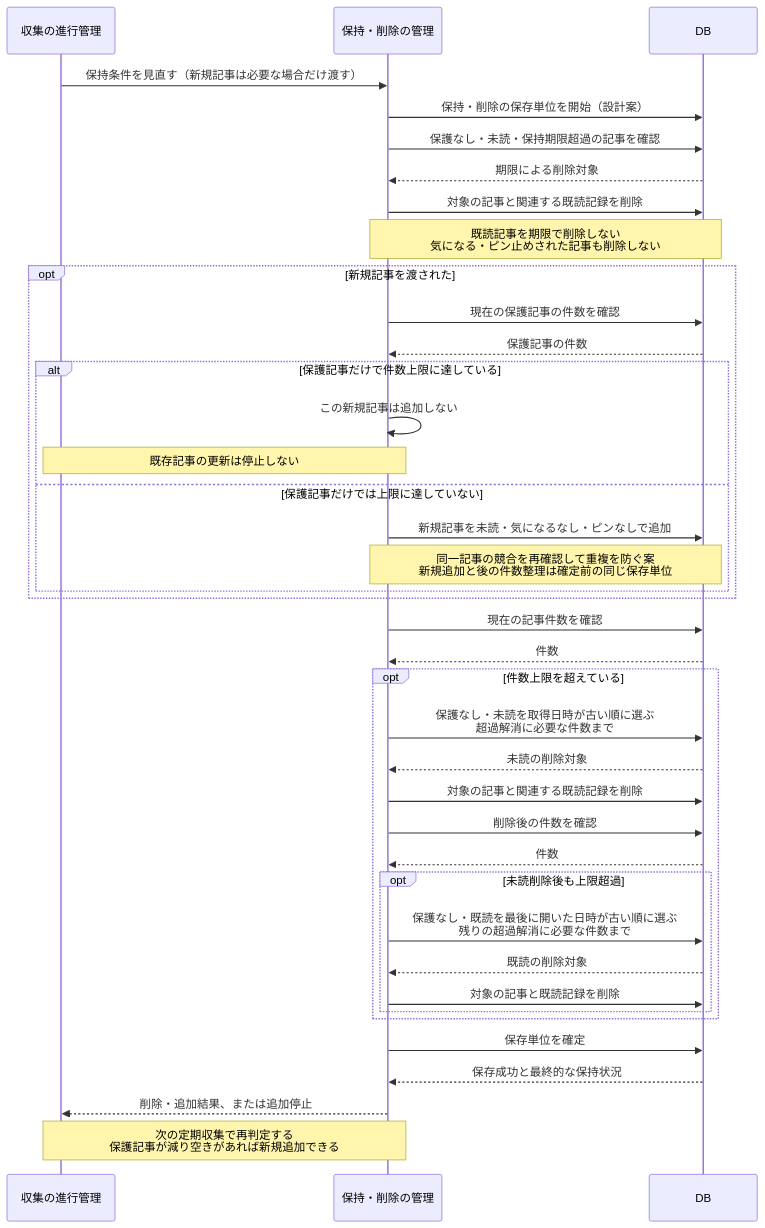
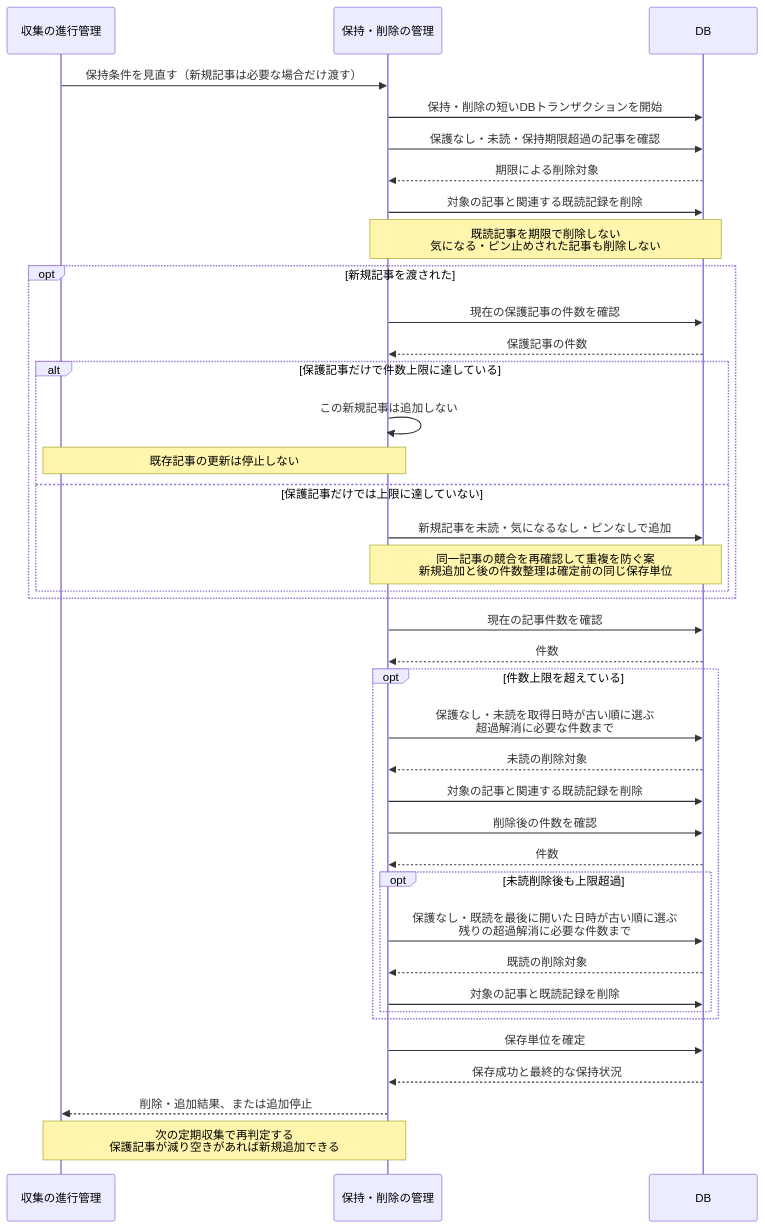
The second of 2 diagrams in docs/sequences-server.md (BeppuKanato/it-discovery), drawn with Mermaid before and after one commit. The commit also changed other lines of this file and 7 other files, not shown here.

````diff
--- a/docs/sequences-server.md
+++ b/docs/sequences-server.md
@@ -90,46 +90,46 @@
 ```mermaid
 sequenceDiagram
     participant Caller as 収集の進行管理
     participant Keep as 保持・削除の管理
     participant DB as DB
 
     Caller->>Keep: 保持条件を見直す（新規記事は必要な場合だけ渡す）
-    Keep->>DB: 保持・削除の保存単位を開始（設計案）
+    Keep->>DB: 保持・削除の短いDBトランザクションを開始
     Keep->>DB: 保護なし・未読・保持期限超過の記事を確認
     DB-->>Keep: 期限による削除対象
     Keep->>DB: 対象の記事と関連する既読記録を削除
     Note over Keep,DB: 既読記事を期限で削除しない<br/>気になる・ピン止めされた記事も削除しない
 
     opt 新規記事を渡された
         Keep->>DB: 現在の保護記事の件数を確認
         DB-->>Keep: 保護記事の件数
         alt 保護記事だけで件数上限に達している
             Keep->>Keep: この新規記事は追加しない
             Note over Caller,Keep: 既存記事の更新は停止しない
         else 保護記事だけでは上限に達していない
             Keep->>DB: 新規記事を未読・気になるなし・ピンなしで追加
             Note over Keep,DB: 同一記事の競合を再確認して重複を防ぐ案<br/>新規追加と後の件数整理は確定前の同じ保存単位
         end
     end
 
     Keep->>DB: 現在の記事件数を確認
     DB-->>Keep: 件数
     opt 件数上限を超えている
         Keep->>DB: 保護なし・未読を取得日時が古い順に選ぶ<br/>超過解消に必要な件数まで
         DB-->>Keep: 未読の削除対象
         Keep->>DB: 対象の記事と関連する既読記録を削除
         Keep->>DB: 削除後の件数を確認
         DB-->>Keep: 件数
 
         opt 未読削除後も上限超過
             Keep->>DB: 保護なし・既読を最後に開いた日時が古い順に選ぶ<br/>残りの超過解消に必要な件数まで
             DB-->>Keep: 既読の削除対象
             Keep->>DB: 対象の記事と既読記録を削除
         end
     end
 
     Keep->>DB: 保存単位を確定
     DB-->>Keep: 保存成功と最終的な保持状況
     Keep-->>Caller: 削除・追加結果、または追加停止
     Note over Caller,Keep: 次の定期収集で再判定する<br/>保護記事が減り空きがあれば新規追加できる
 ```
````
